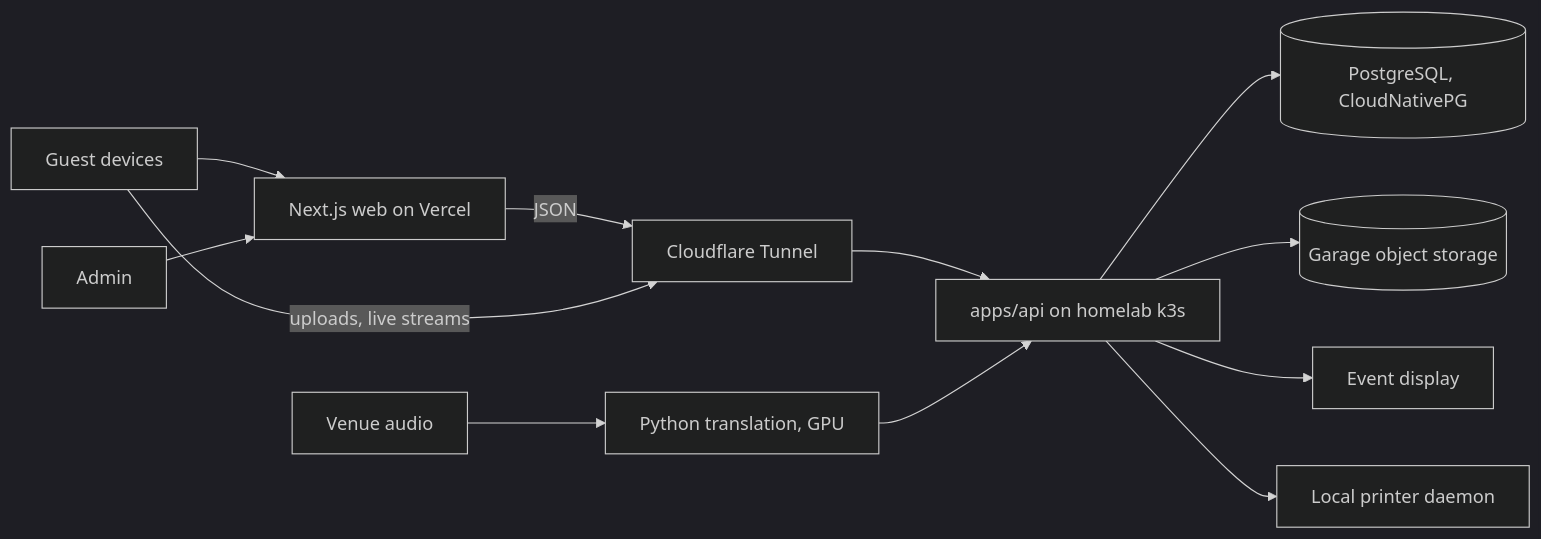
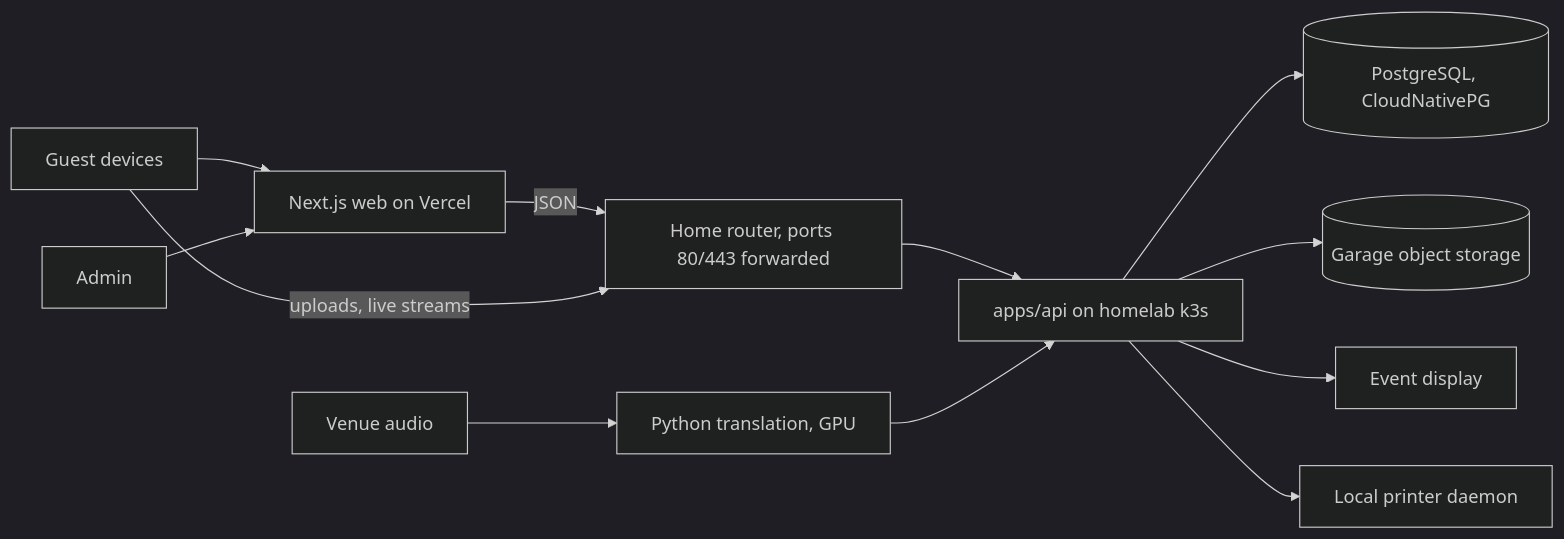
One commit to fuisl/vgu-graduation changed the diagram in docs/architecture/overview.md. Above: the diagram before and after it, drawn with Mermaid (dark theme). The commit also changed other lines of this file and 16 other files, not shown here.

````diff
--- a/docs/architecture/overview.md
+++ b/docs/architecture/overview.md
@@ -3,14 +3,14 @@
 ```mermaid
 flowchart LR
  Guest["Guest devices"] --> Web["Next.js web on Vercel"]
  Admin["Admin"] --> Web
- Web -- "JSON" --> CF["Cloudflare Tunnel"]
- Guest -- "uploads, live streams" --> CF
- CF --> API["apps/api on homelab k3s"]
+ Web -- "JSON" --> Router["Home router, ports 80/443 forwarded"]
+ Guest -- "uploads, live streams" --> Router
+ Router --> API["apps/api on homelab k3s"]
  API --> DB[("PostgreSQL, CloudNativePG")]
  API --> Media[("Garage object storage")]
  Speech["Venue audio"] --> Translate["Python translation, GPU"]
  Translate --> API
  API --> Display["Event display"]
  API --> Printer["Local printer daemon"]
 ```
````
